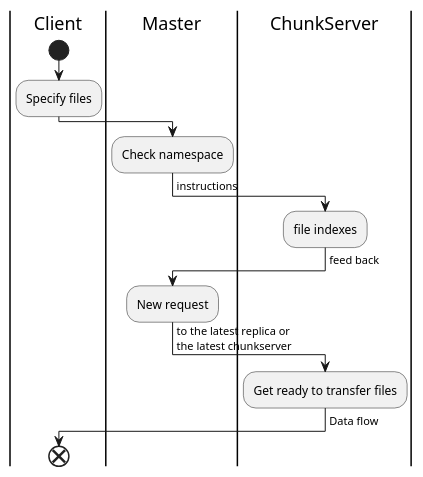
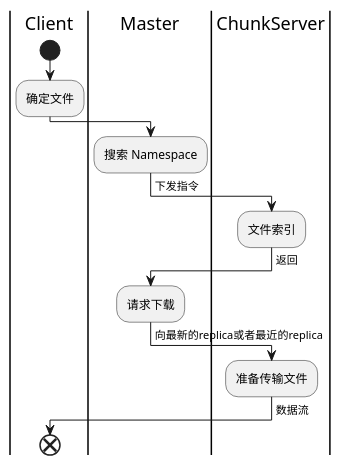
One commit to sonderlau/UML-Lesson changed the diagram in src/Activity/section-download.wsd. Above: the diagram before and after it, drawn with PlantUML. The commit also changed 10 other files, not shown here.

```diff
--- a/src/Activity/section-download.wsd
+++ b/src/Activity/section-download.wsd
@@ -1,26 +1,25 @@
 @startuml "Download"
 
 |Client|
 start
-:Specify files;
+:确定文件;
 
 |Master|
-:Check namespace;
+:搜索 Namespace;
 
 |ChunkServer|
--> instructions;
-:file indexes;
+-> 下发指令;
+:文件索引;
 
 |Master|
--> feed back;
-:New request;
+-> 返回;
+:请求下载;
 
 |ChunkServer|
--> to the latest replica or 
-the latest chunkserver;
-:Get ready to transfer files;
+-> 向最新的replica或者最近的replica;
+:准备传输文件;
 
 |Client|
--> Data flow;
+-> 数据流;
 end
 @enduml
```
